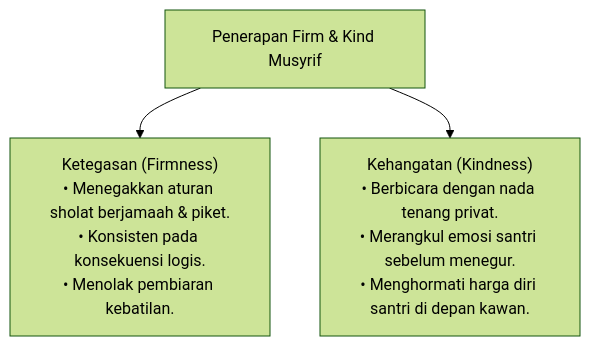
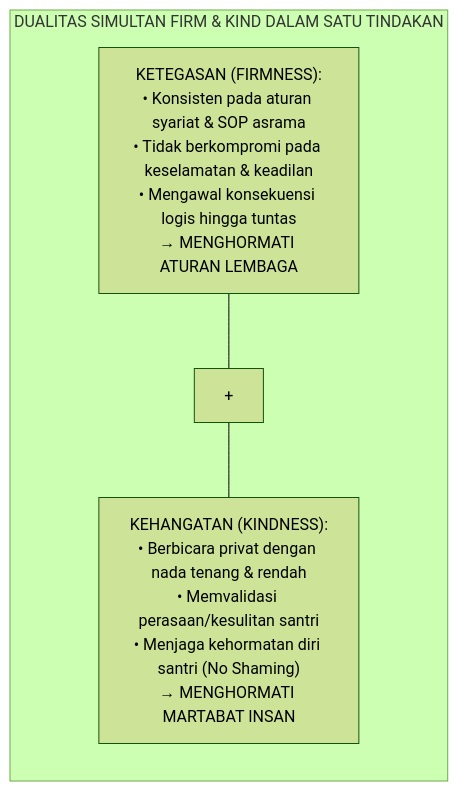
Before and after one commit to wandiapriliyandi/tumbuh: the second of 2 diagrams in 08 Integrated Approaches/05 Positive Discipline/P8-05-01-Prinsip-Disiplin-Positif-Firm-and-Kind-Jane-Nelsen.md, drawn with Mermaid (forest theme). The commit also changed other lines of this file and 3 other files, not shown here.

````diff
--- a/08 Integrated Approaches/05 Positive Discipline/P8-05-01-Prinsip-Disiplin-Positif-Firm-and-Kind-Jane-Nelsen.md
+++ b/08 Integrated Approaches/05 Positive Discipline/P8-05-01-Prinsip-Disiplin-Positif-Firm-and-Kind-Jane-Nelsen.md
@@ -12,6 +44,6 @@
 ```mermaid
-graph TD
-    FirmKindBalance["Penerapan Firm & Kind Musyrif"]
-    FirmKindBalance --> FirmSide["Ketegasan (Firmness)<br/>• Menegakkan aturan sholat berjamaah & piket.<br/>• Konsisten pada konsekuensi logis.<br/>• Menolak pembiaran kebatilan."]
-    FirmKindBalance --> KindSide["Kehangatan (Kindness)<br/>• Berbicara dengan nada tenang privat.<br/>• Merangkul emosi santri sebelum menegur.<br/>• Menghormati harga diri santri di depan kawan."]
+flowchart LR
+    subgraph FirmKindSynthesis["DUALITAS SIMULTAN FIRM & KIND DALAM SATU TINDAKAN"]
+        Firm["KETEGASAN (FIRMNESS):<br/>• Konsisten pada aturan syariat & SOP asrama<br/>• Tidak berkompromi pada keselamatan & keadilan<br/>• Mengawal konsekuensi logis hingga tuntas<br/>→ MENGHORMATI ATURAN LEMBAGA"] --- Plus["+"] --- Kind["KEHANGATAN (KINDNESS):<br/>• Berbicara privat dengan nada tenang & rendah<br/>• Memvalidasi perasaan/kesulitan santri<br/>• Menjaga kehormatan diri santri (No Shaming)<br/>→ MENGHORMATI MARTABAT INSAN"]
+    end
 ```
````
